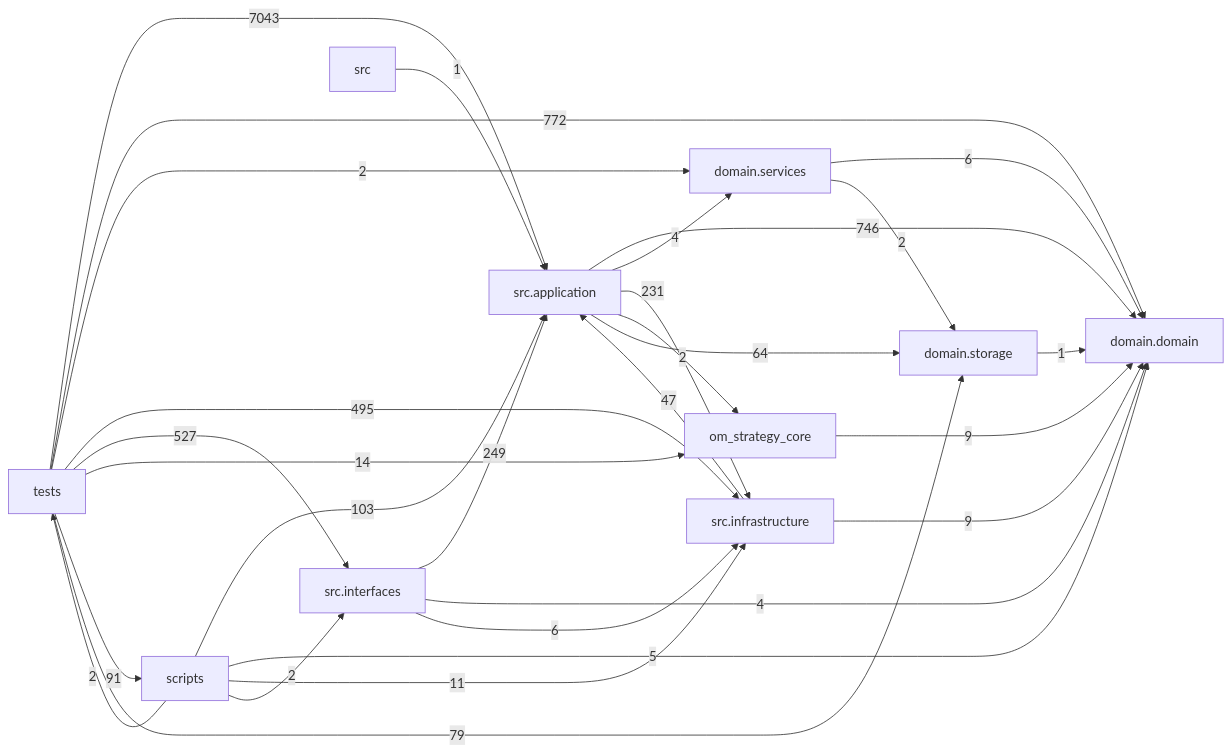
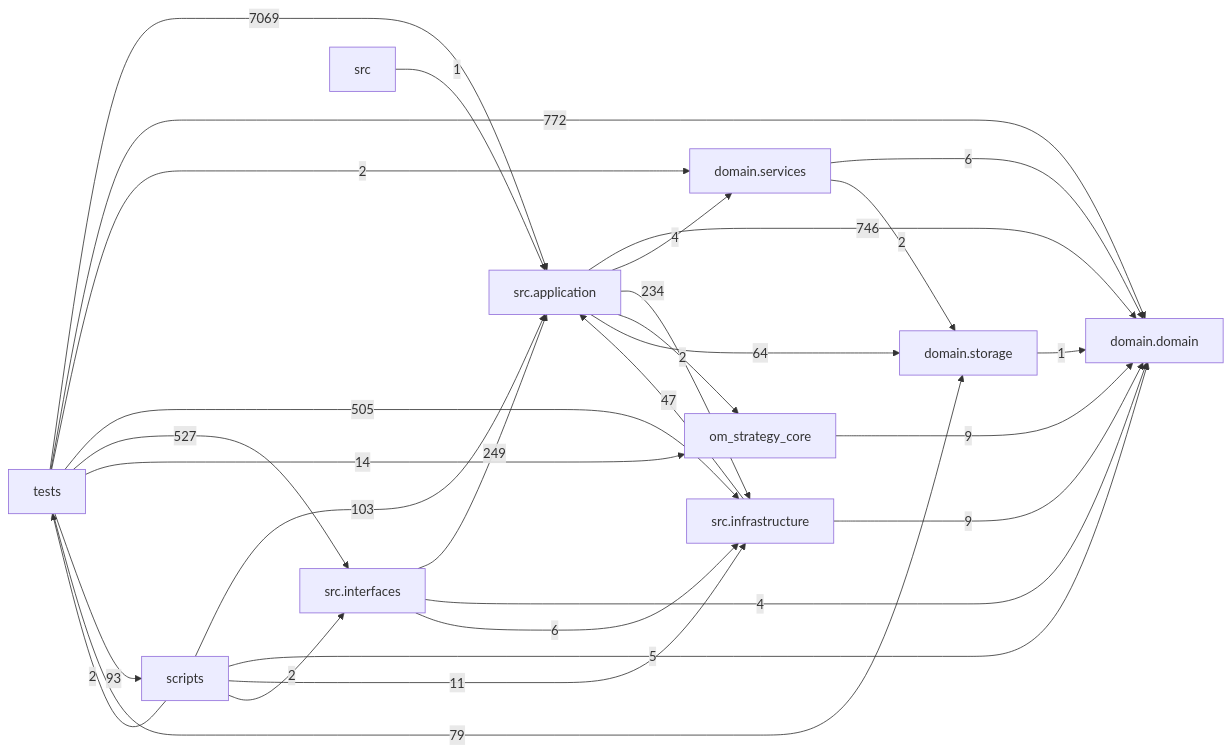
Before and after one commit to liuxie066/options-monitor: the diagram in docs/DEPENDENCY_GRAPH.md, drawn with Mermaid. The commit also changed other lines of this file and 3 other files, not shown here.

Commit message:
test(tick): reject unqualified benchmark samples and refresh dependency graph

````diff
--- a/docs/DEPENDENCY_GRAPH.md
+++ b/docs/DEPENDENCY_GRAPH.md
@@ -24,39 +24,39 @@
 ```mermaid
 flowchart LR
   tests["tests"]
   scripts["scripts"]
   interfaces["src.interfaces"]
   application["src.application"]
   infrastructure["src.infrastructure"]
   domain_services["domain.services"]
   domain["domain.domain"]
   storage["domain.storage"]
   application -->|746| domain
   application -->|4| domain_services
-  application -->|231| infrastructure
+  application -->|234| infrastructure
   application -->|2| om_strategy_core
   application -->|64| storage
   domain_services -->|6| domain
   domain_services -->|2| storage
   infrastructure -->|47| application
   infrastructure -->|9| domain
   interfaces -->|249| application
   interfaces -->|4| domain
   interfaces -->|6| infrastructure
   om_strategy_core -->|9| domain
   scripts -->|103| application
   scripts -->|5| domain
   scripts -->|11| infrastructure
   scripts -->|2| interfaces
   scripts -->|2| tests
   src -->|1| application
   storage -->|1| domain
-  tests -->|7043| application
+  tests -->|7069| application
   tests -->|772| domain
   tests -->|2| domain_services
-  tests -->|495| infrastructure
+  tests -->|505| infrastructure
   tests -->|527| interfaces
   tests -->|14| om_strategy_core
-  tests -->|91| scripts
+  tests -->|93| scripts
   tests -->|79| storage
 ```
````
